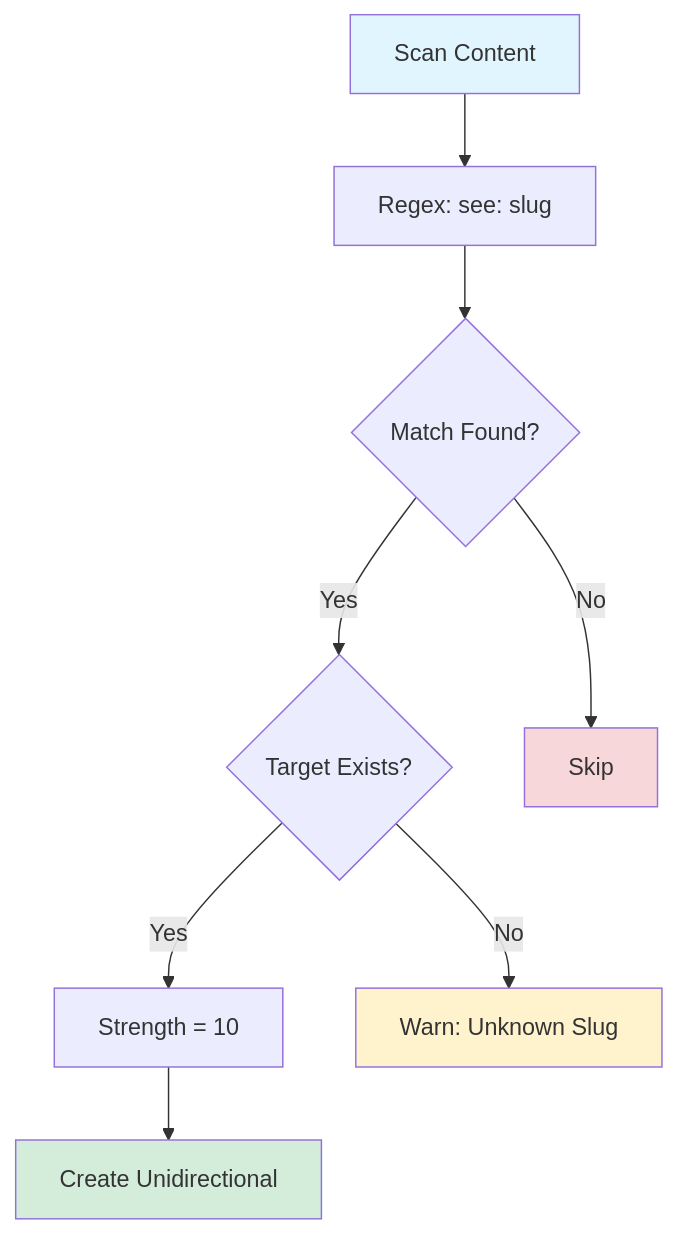
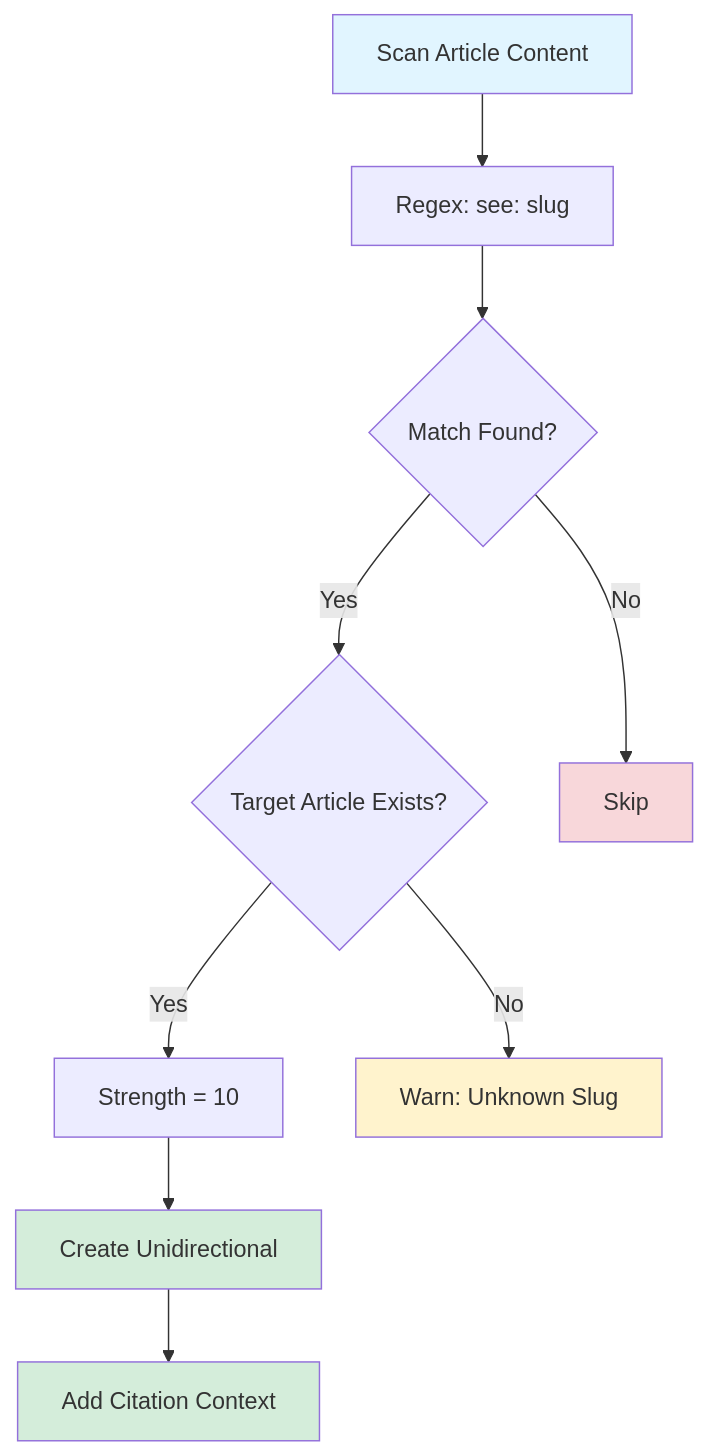
Before and after one commit to dhruvrakesh/srangam-42267: the sixth of 10 diagrams in docs/architecture/CROSS_REFERENCE_SYSTEM.md, drawn with Mermaid. The commit also changed other lines of this file and 3 other files, not shown here.

````diff
--- a/docs/architecture/CROSS_REFERENCE_SYSTEM.md
+++ b/docs/architecture/CROSS_REFERENCE_SYSTEM.md
@@ -114,15 +295,20 @@
 ```mermaid
 flowchart TD
-    A[Scan Content] --> B[Regex: see: slug]
+    A[Scan Article Content] --> B[Regex: see: slug]
     B --> C{Match Found?}
-    C -->|Yes| D{Target Exists?}
+    
+    C -->|Yes| D{Target Article Exists?}
+    C -->|No| G[Skip]
+    
     D -->|Yes| E[Strength = 10]
     D -->|No| F[Warn: Unknown Slug]
-    C -->|No| G[Skip]
+    
     E --> H[Create Unidirectional]
+    H --> I[Add Citation Context]
     
     style A fill:#e1f5ff
     style H fill:#d4edda
+    style I fill:#d4edda
     style F fill:#fff3cd
     style G fill:#f8d7da
 ```
````
